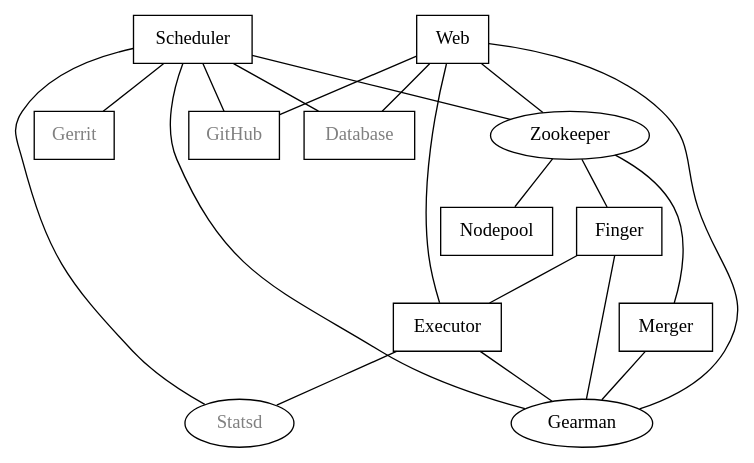
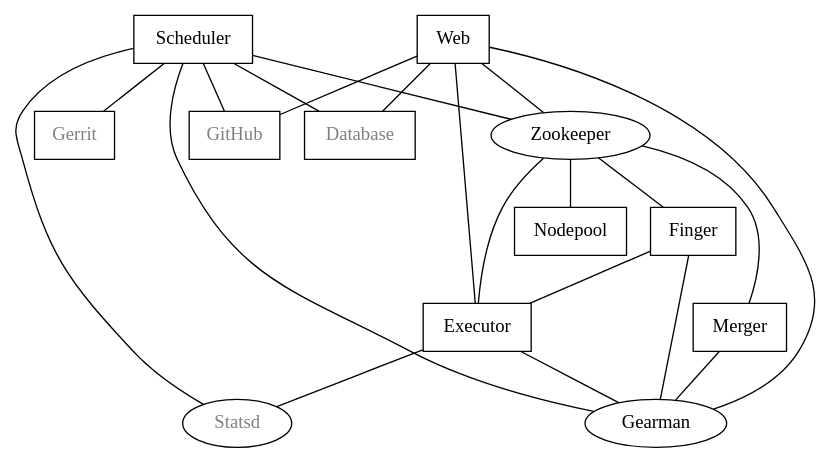
The diagram in doc/source/discussion/components.rst (blurrycontour/zuul-gerrit), drawn with Graphviz before and after one commit. The commit also changed 3 other files, not shown here.

First line of the commit message:
Connect executor to Zookeeper

```diff
--- a/doc/source/discussion/components.rst
+++ b/doc/source/discussion/components.rst
@@ -19,39 +19,40 @@
 .. graphviz::
    :align: center
 
    graph  {
       node [shape=box]
       Database [fontcolor=grey]
       Executor [href="#executor"]
       Finger [href="#finger-gateway"]
       Gearman [shape=ellipse]
       Gerrit [fontcolor=grey]
       Merger [href="#merger"]
       Statsd [shape=ellipse fontcolor=grey]
       Scheduler [href="#scheduler"]
       Zookeeper [shape=ellipse]
       Nodepool
       GitHub [fontcolor=grey]
       Web [href="#web-server"]
 
       Merger -- Gearman
       Executor -- Gearman
       Executor -- Statsd
       Web -- Database
       Web -- Gearman
       Web -- GitHub
       Web -- Zookeeper
       Web -- Executor
       Finger -- Gearman
       Finger -- Executor
 
       Gearman -- Scheduler;
       Scheduler -- Database;
       Scheduler -- Gerrit;
       Scheduler -- Zookeeper;
+      Zookeeper -- Executor;
       Zookeeper -- Finger;
       Zookeeper -- Merger
       Zookeeper -- Nodepool;
       Scheduler -- GitHub;
       Scheduler -- Statsd;
    }
```
